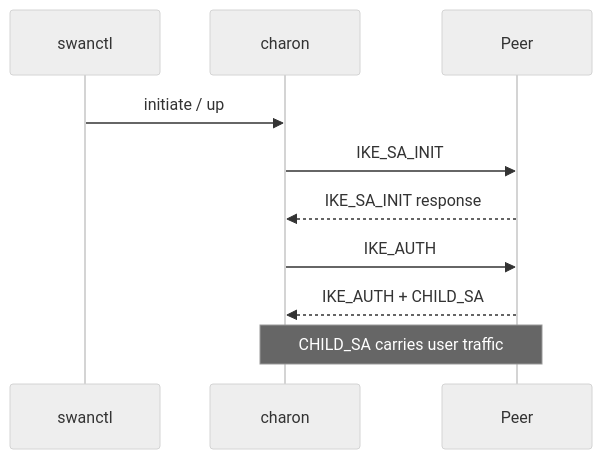
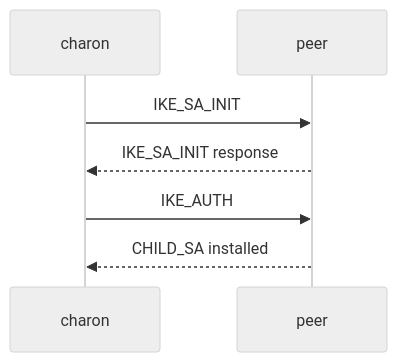
The second of 4 diagrams in docs/vpn-solutions/ipsec-ikev2.md (roto31/Tunnel-Monitor---Universal), drawn with Mermaid (neutral theme) before and after one commit. The commit also changed other lines of this file and 22 other files, not shown here.

````diff
--- a/docs/vpn-solutions/ipsec-ikev2.md
+++ b/docs/vpn-solutions/ipsec-ikev2.md
@@ -42,12 +31,9 @@
 ```mermaid
 sequenceDiagram
-    participant SW as swanctl
     participant C as charon
-    participant P as Peer
-    SW->>C: initiate / up
+    participant P as peer
     C->>P: IKE_SA_INIT
     P-->>C: IKE_SA_INIT response
     C->>P: IKE_AUTH
-    P-->>C: IKE_AUTH + CHILD_SA
-    Note over C,P: CHILD_SA carries user traffic
+    P-->>C: CHILD_SA installed
 ```
````
